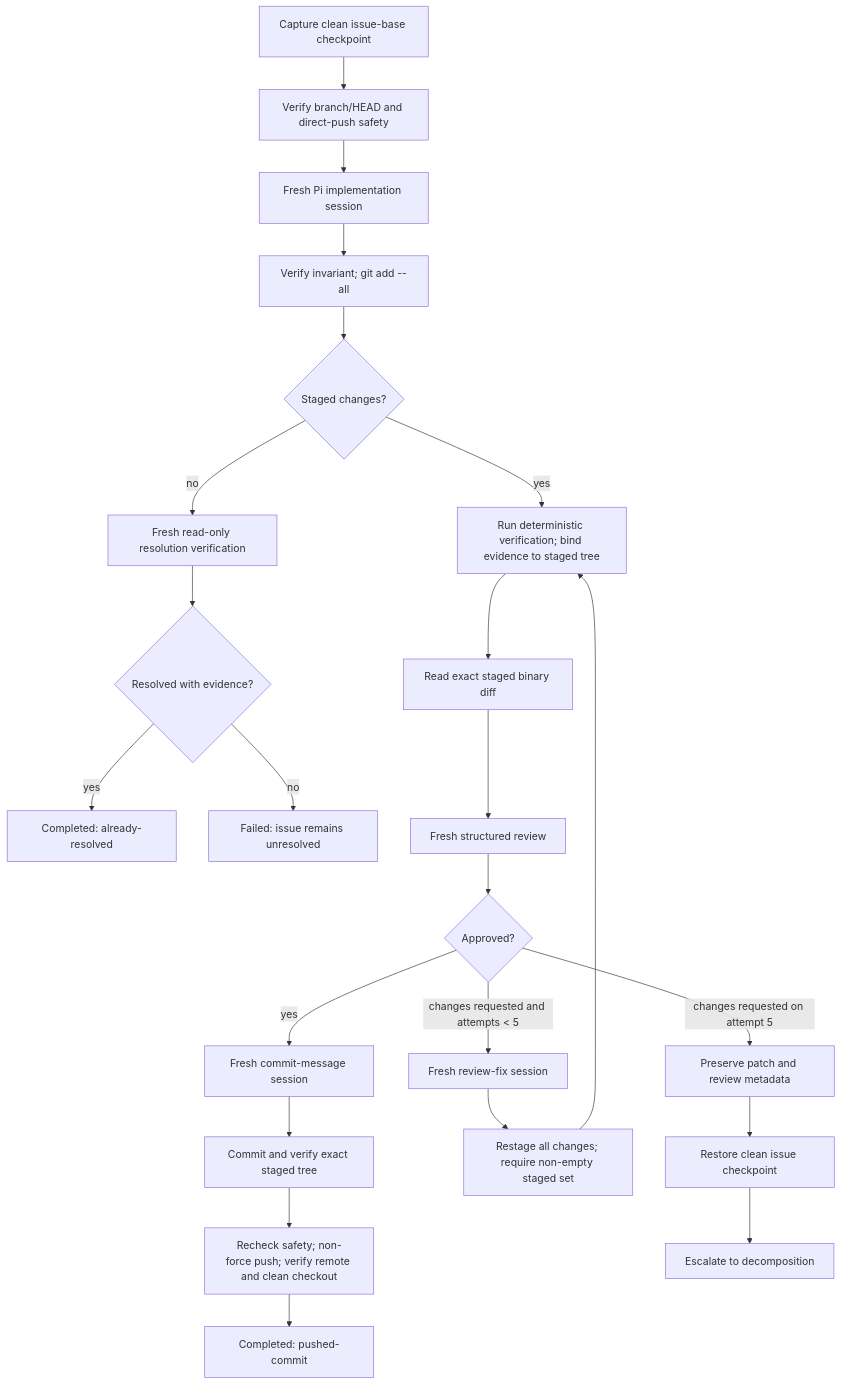
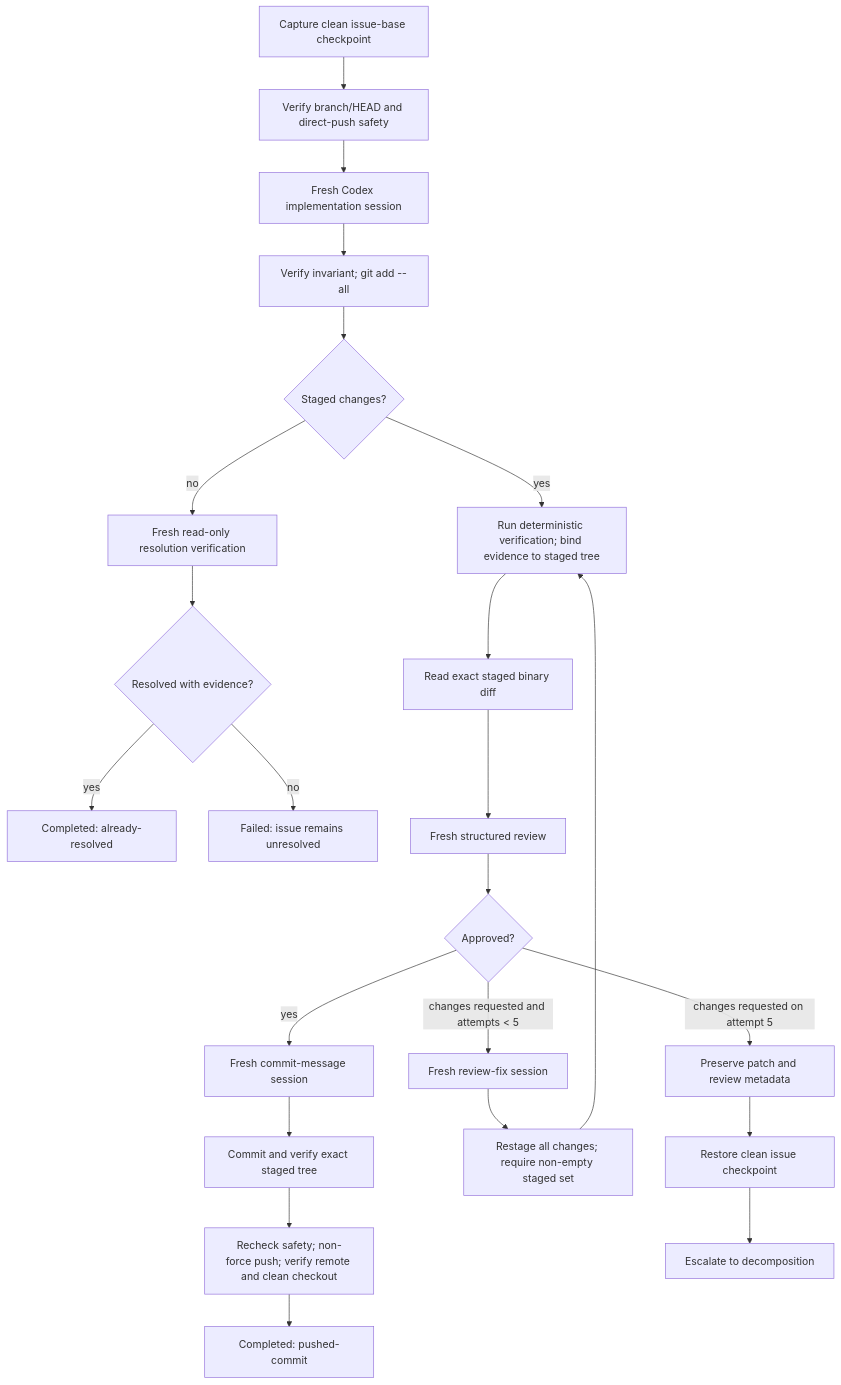
One commit to beremaran/ralphie changed the fourth of 6 diagrams in docs/end-to-end-execution.md. Above: the diagram before and after it, drawn with Mermaid. The commit also changed other lines of this file and 91 other files, not shown here.

````diff
--- a/docs/end-to-end-execution.md
+++ b/docs/end-to-end-execution.md
@@ -269,25 +269,25 @@
 ```mermaid
 flowchart TD
     A["Capture clean issue-base checkpoint"] --> B["Verify branch/HEAD and direct-push safety"]
-    B --> C["Fresh Pi implementation session"]
+    B --> C["Fresh Codex implementation session"]
     C --> D["Verify invariant; git add --all"]
     D --> E{"Staged changes?"}
     E -->|no| F["Fresh read-only resolution verification"]
     F --> G{"Resolved with evidence?"}
     G -->|yes| H["Completed: already-resolved"]
     G -->|no| I["Failed: issue remains unresolved"]
     E -->|yes| V["Run deterministic verification; bind evidence to staged tree"]
     V --> J["Read exact staged binary diff"]
     J --> K["Fresh structured review"]
     K --> L{"Approved?"}
     L -->|yes| M["Fresh commit-message session"]
     M --> N["Commit and verify exact staged tree"]
     N --> O["Recheck safety; non-force push; verify remote and clean checkout"]
     O --> P["Completed: pushed-commit"]
     L -->|changes requested and attempts < 5| Q["Fresh review-fix session"]
     Q --> R["Restage all changes; require non-empty staged set"]
     R --> V
     L -->|changes requested on attempt 5| S["Preserve patch and review metadata"]
     S --> T["Restore clean issue checkpoint"]
     T --> U["Escalate to decomposition"]
 ```
````
